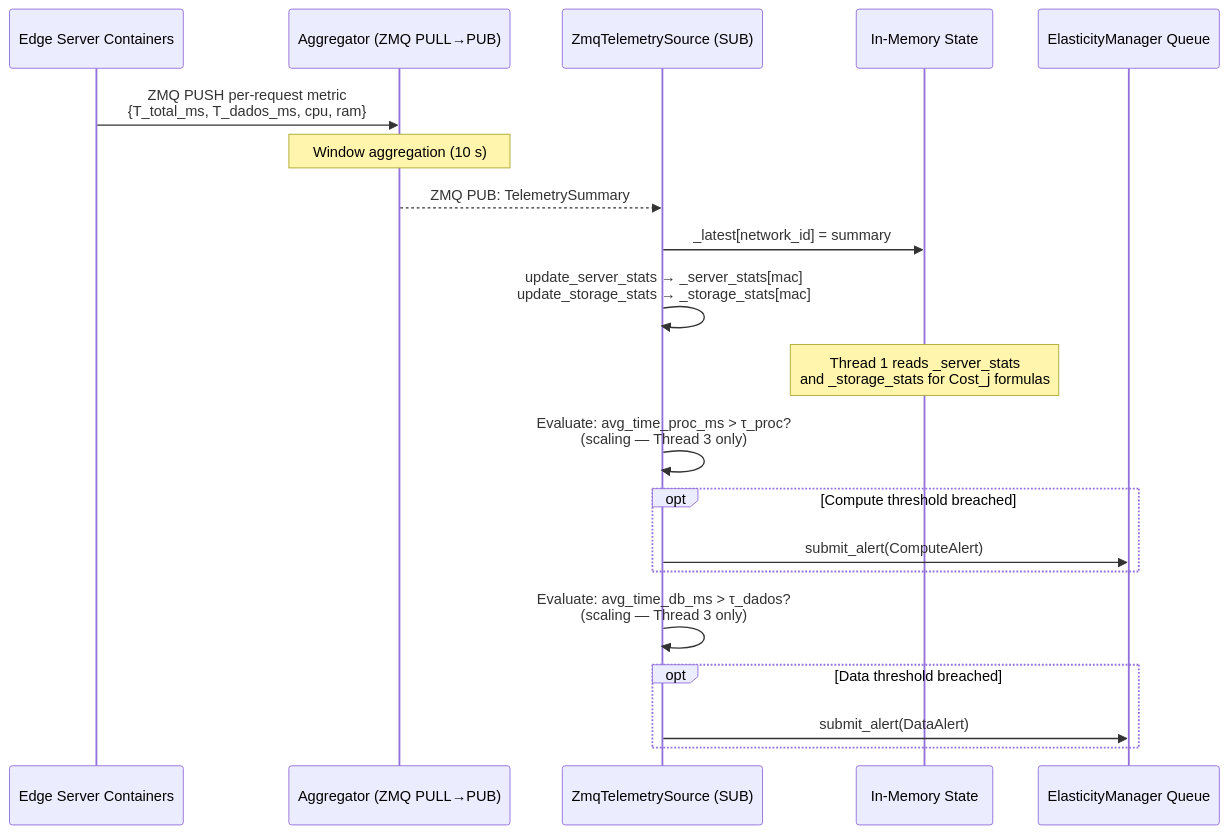
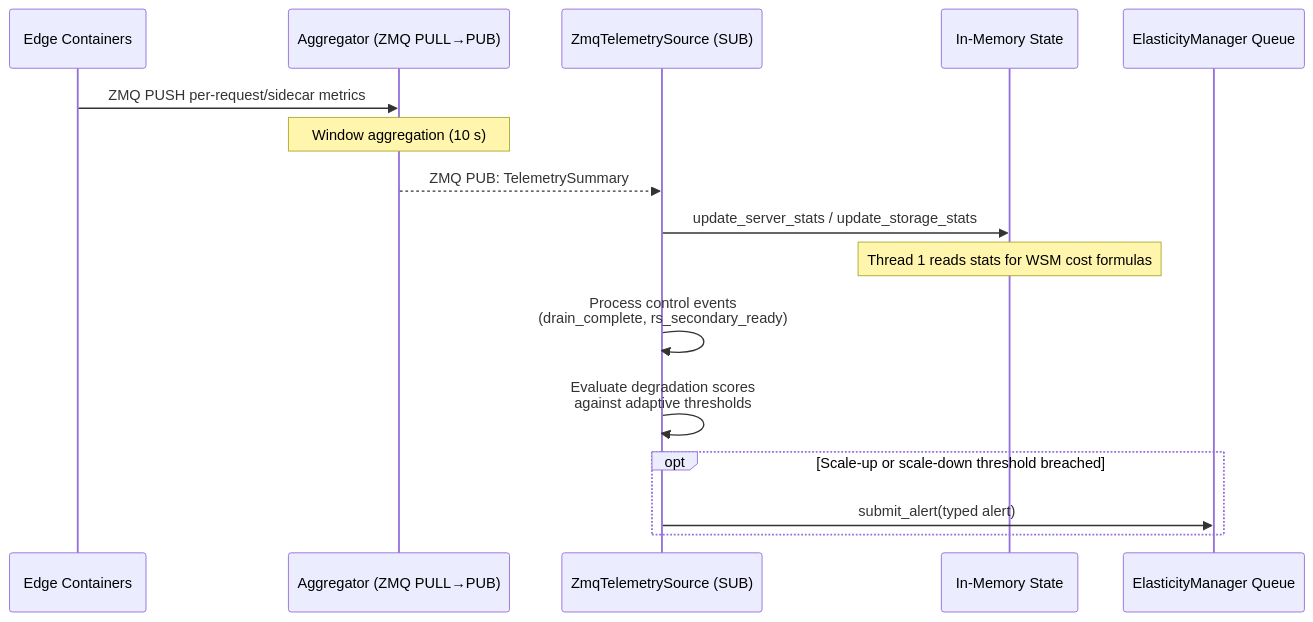
One commit to poioe20p/efficient-storage-in-edge-scenarios changed the second of 7 diagrams in docs/operation/system_mechanisms.md. Above: the diagram before and after it, drawn with Mermaid. The commit also changed other lines of this file and 94 other files, not shown here.

````diff
--- a/docs/operation/system_mechanisms.md
+++ b/docs/operation/system_mechanisms.md
@@ -422,23 +280,19 @@
 ```mermaid
 sequenceDiagram
-    participant Servers as Edge Server Containers
+    participant Servers as Edge Containers
     participant Agg as Aggregator (ZMQ PULL→PUB)
     participant T2 as ZmqTelemetrySource (SUB)
     participant Memory as In-Memory State
     participant T3 as ElasticityManager Queue
 
-    Servers->>Agg: ZMQ PUSH per-request metric<br/>{T_total_ms, T_dados_ms, cpu, ram}
+    Servers->>Agg: ZMQ PUSH per-request/sidecar metrics
     Note over Agg: Window aggregation (10 s)
     Agg-->>T2: ZMQ PUB: TelemetrySummary
-    T2->>Memory: _latest[network_id] = summary
-    T2->>T2: update_server_stats → _server_stats[mac]<br/>update_storage_stats → _storage_stats[mac]
-    Note over Memory: Thread 1 reads _server_stats<br/>and _storage_stats for Cost_j formulas
-    T2->>T2: Evaluate: avg_time_proc_ms > τ_proc?<br/>(scaling — Thread 3 only)
-    opt Compute threshold breached
-        T2->>T3: submit_alert(ComputeAlert)
-    end
-    T2->>T2: Evaluate: avg_time_db_ms > τ_dados?<br/>(scaling — Thread 3 only)
-    opt Data threshold breached
-        T2->>T3: submit_alert(DataAlert)
+    T2->>Memory: update_server_stats / update_storage_stats
+    Note over Memory: Thread 1 reads stats for WSM cost formulas
+    T2->>T2: Process control events<br/>(drain_complete, rs_secondary_ready)
+    T2->>T2: Evaluate degradation scores<br/>against adaptive thresholds
+    opt Scale-up or scale-down threshold breached
+        T2->>T3: submit_alert(typed alert)
     end
 ```
````
